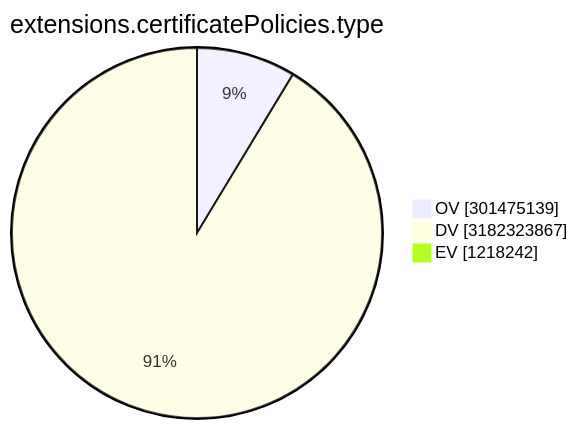
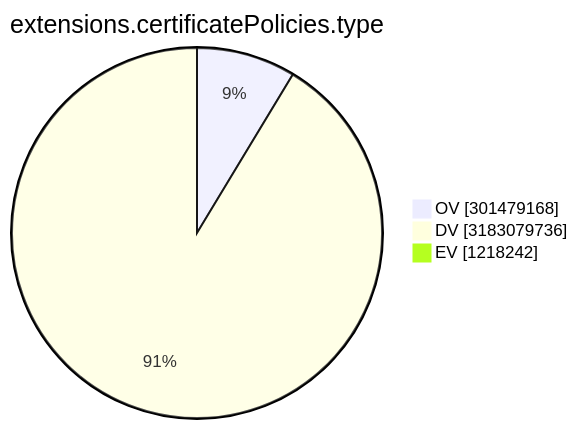
One commit to christiankrug/ctmonitor_visualization changed the ninth of 15 diagrams in TOTAL/README.md. Above: the diagram before and after it, drawn with Mermaid. The commit also changed other lines of this file, not shown here.

````diff
--- a/TOTAL/README.md
+++ b/TOTAL/README.md
@@ -3106,7 +3106,7 @@
 ```mermaid
 pie showData
 title extensions.certificatePolicies.type
-"OV" :301475139
-"DV" :3182323867
+"OV" :301479168
+"DV" :3183079736
 "EV" :1218242
 ```
````
